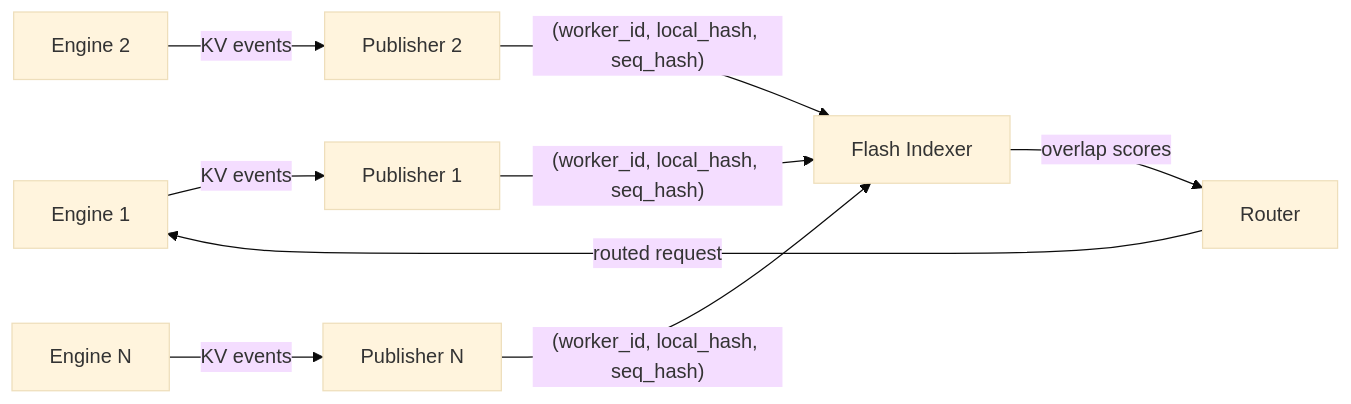
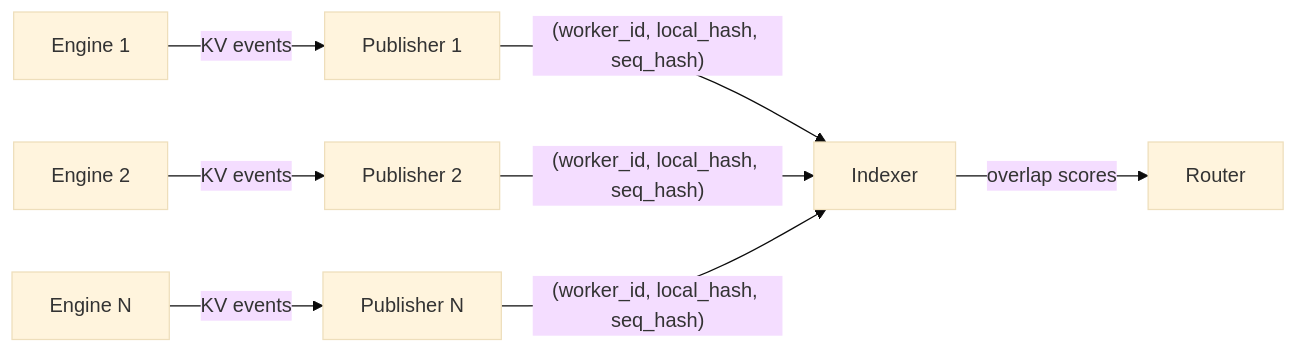
Before and after one commit to ai-dynamo/dynamo: the first of 4 diagrams in blog/flash_indexer.md, drawn with Mermaid (base theme). The commit also changed other lines of this file and 2 other files, not shown here.

````diff
--- a/blog/flash_indexer.md
+++ b/blog/flash_indexer.md
@@ -57,11 +57,10 @@
 ```mermaid
 flowchart LR
     E1[Engine 1] -->|KV events| P1[Publisher 1]
     E2[Engine 2] -->|KV events| P2[Publisher 2]
     E3[Engine N] -->|KV events| PN[Publisher N]
-    P1 -->|"(worker_id, local_hash, seq_hash)"| IDX[Flash Indexer]
+    P1 -->|"(worker_id, local_hash, seq_hash)"| IDX[Indexer]
     P2 -->|"(worker_id, local_hash, seq_hash)"| IDX
     PN -->|"(worker_id, local_hash, seq_hash)"| IDX
     IDX -->|overlap scores| R[Router]
-    R -->|routed request| E1
 ```
````
